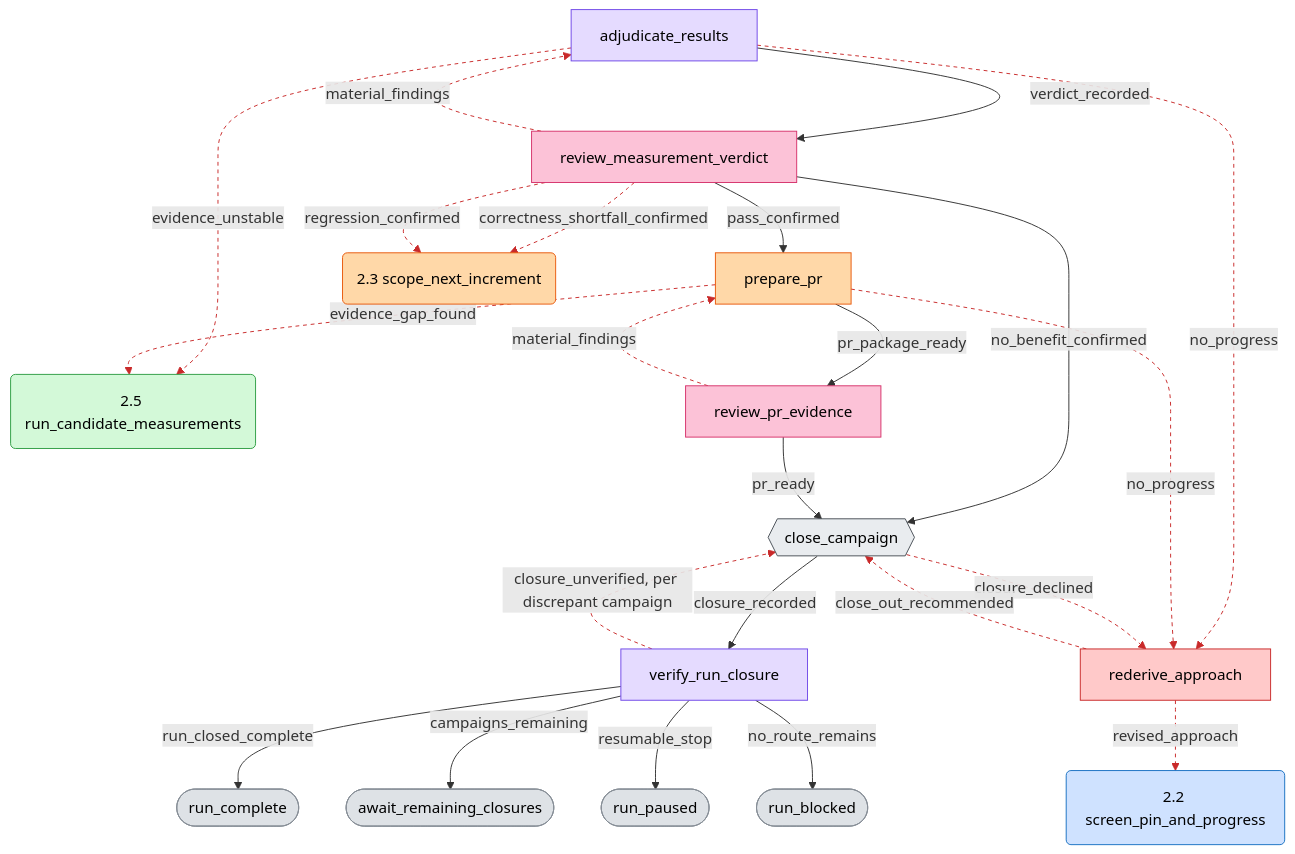
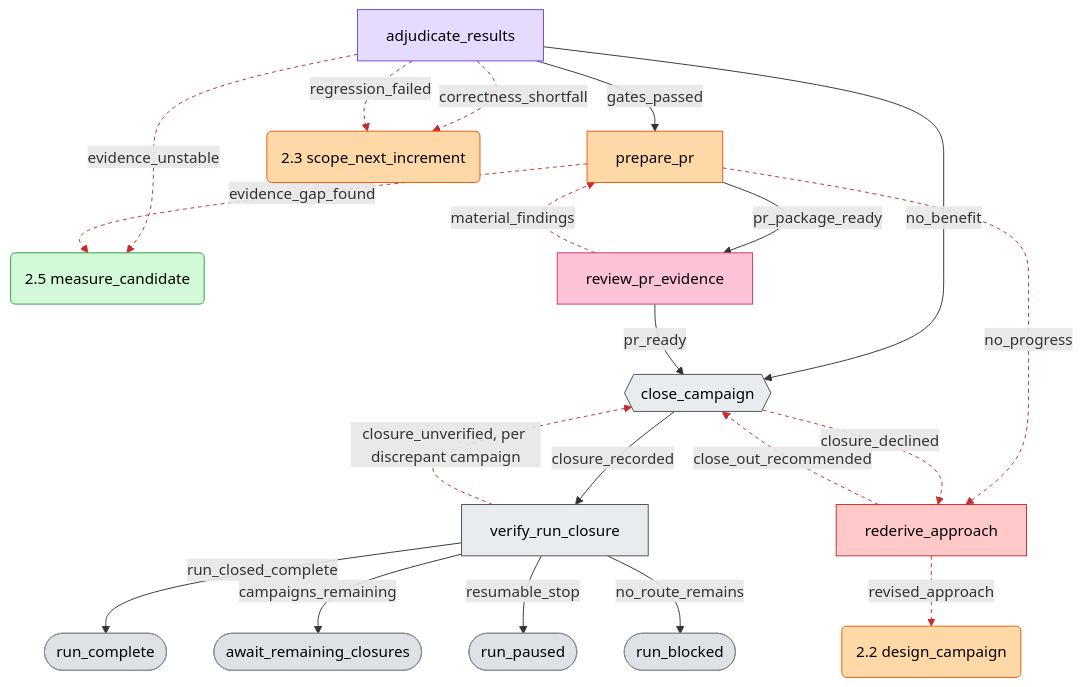
One commit to jinhuang12/pave changed the seventh of 7 diagrams in generated-plugins/vllm-neuron-parity/README.md. Above: the diagram before and after it, drawn with Mermaid. The commit also changed other lines of this file and 138 other files, not shown here.

````diff
--- a/generated-plugins/vllm-neuron-parity/README.md
+++ b/generated-plugins/vllm-neuron-parity/README.md
@@ -374,42 +380,38 @@
 ```mermaid
 flowchart TD
-  adj[adjudicate_results] -->|verdict_recorded| rmv[review_measurement_verdict]
-  adj -->|evidence_unstable| meas(2.5 run_candidate_measurements)
-  adj -->|no_progress| rede[rederive_approach]
-  rmv -->|pass_confirmed| ppr[prepare_pr]
-  rmv -->|correctness_shortfall_confirmed| impl(2.3 scope_next_increment)
-  rmv -->|regression_confirmed| impl
-  rmv -->|no_benefit_confirmed| cc{{close_campaign}}
-  rmv -->|material_findings| adj
+  adj[adjudicate_results] -->|gates_passed| ppr[prepare_pr]
+  adj -->|correctness_shortfall| impl(2.3 scope_next_increment)
+  adj -->|regression_failed| impl
+  adj -->|no_benefit| cc{{close_campaign}}
+  adj -->|evidence_unstable| meas(2.5 measure_candidate)
   ppr -->|pr_package_ready| rpe[review_pr_evidence]
   ppr -->|evidence_gap_found| meas
-  ppr -->|no_progress| rede
+  ppr -->|no_progress| rede[rederive_approach]
   rpe -->|pr_ready| cc
   rpe -->|material_findings| ppr
   cc -->|closure_recorded| vrc[verify_run_closure]
   cc -->|closure_declined| rede
-  rede -->|revised_approach| design(2.2 screen_pin_and_progress)
+  rede -->|revised_approach| design(2.2 design_campaign)
   rede -->|close_out_recommended| cc
   vrc -->|closure_unverified, per discrepant campaign| cc
   vrc -->|run_closed_complete| done([run_complete])
   vrc -->|campaigns_remaining| joinp([await_remaining_closures])
   vrc -->|resumable_stop| paused([run_paused])
   vrc -->|no_route_remains| blocked([run_blocked])
-  class adj,vrc cAdj
-  class rmv,rpe cRev
-  class ppr,impl cImpl
+  class adj cAdj
+  class ppr,impl,design cImpl
+  class rpe cRev
   class rede cRec
-  class cc cGate
+  class cc,vrc cGate
   class meas cMeas
-  class design cInv
   class done,joinp,paused,blocked cEnd
   classDef cInv fill:#cfe2ff,stroke:#1971c2,color:#000
   classDef cImpl fill:#ffd8a8,stroke:#e8590c,color:#000
   classDef cMeas fill:#d3f9d8,stroke:#2f9e44,color:#000
   classDef cAdj fill:#e5dbff,stroke:#7048e8,color:#000
   classDef cRev fill:#fcc2d7,stroke:#d6336c,color:#000
   classDef cRec fill:#ffc9c9,stroke:#c92a2a,color:#000
   classDef cGate fill:#e9ecef,stroke:#495057,color:#000
   classDef cEnd fill:#dee2e6,stroke:#868e96,color:#000
-  linkStyle 1,2,4,5,7,9,10,12,14,15,16,17 stroke:#c92a2a,stroke-dasharray:4
+  linkStyle 1,2,4,6,7,9,11,12,13,14 stroke:#c92a2a,stroke-dasharray:4
 ```
````
